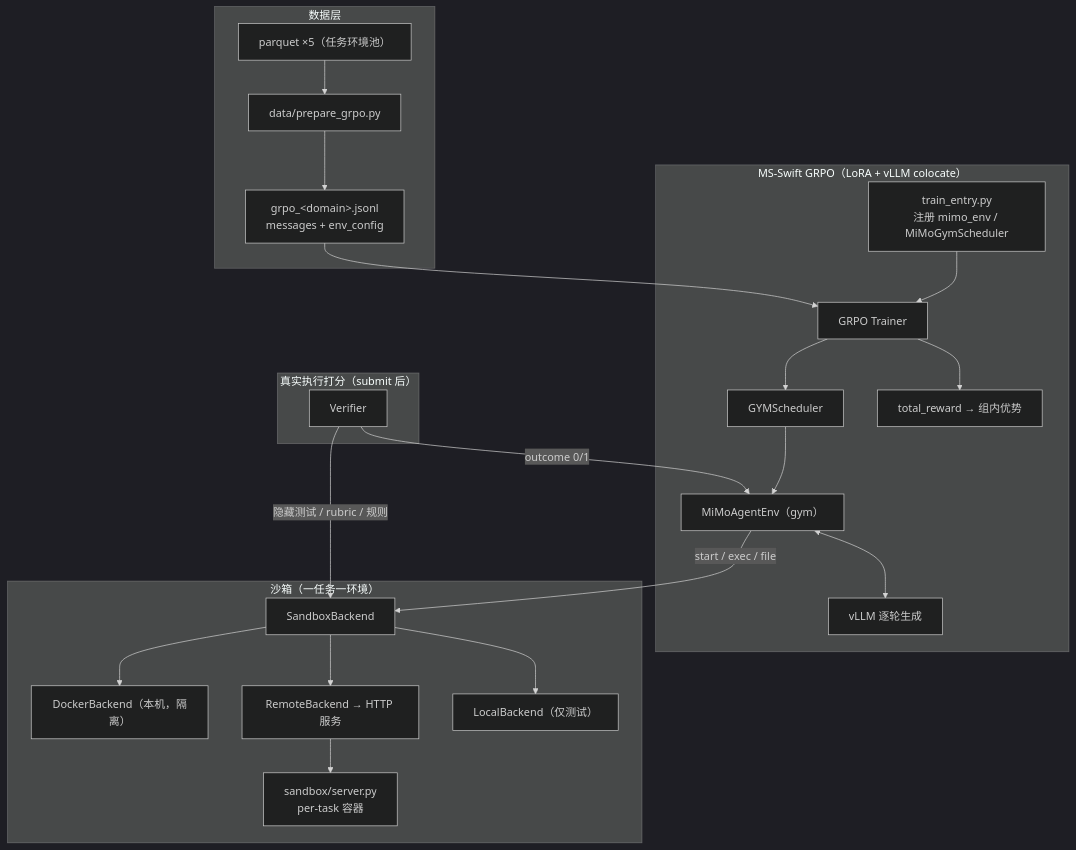
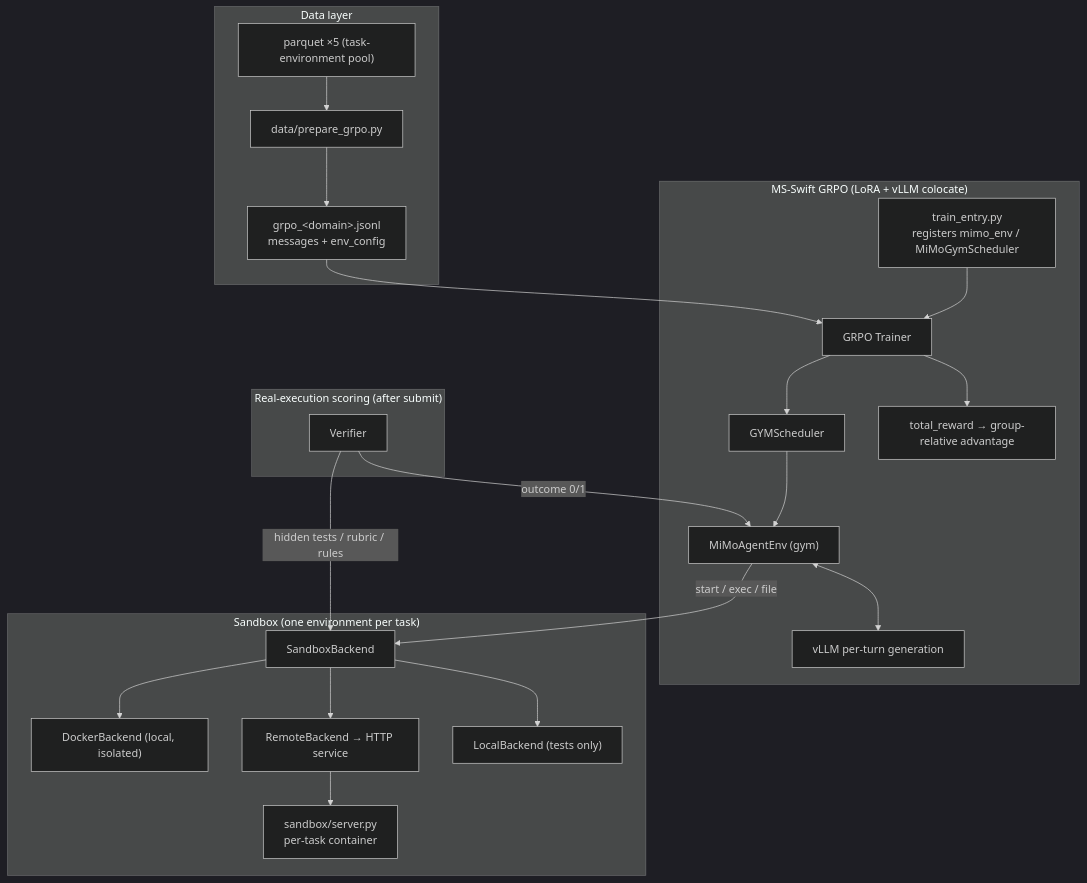
One commit to jerry1993-tech/mimo-agent-grpo-swift changed the first of 3 diagrams in README.md. Above: the diagram before and after it, drawn with Mermaid (dark theme). The commit also changed other lines of this file and 1 other file, not shown here.

````diff
--- a/README.md
+++ b/README.md
@@ -41,30 +53,30 @@
 ```mermaid
 flowchart TB
-    subgraph Data["数据层"]
-        P["parquet ×5（任务环境池）"] --> PRE["data/prepare_grpo.py"]
+    subgraph Data["Data layer"]
+        P["parquet ×5 (task-environment pool)"] --> PRE["data/prepare_grpo.py"]
         PRE --> J["grpo_&lt;domain&gt;.jsonl<br/>messages + env_config"]
     end
 
-    subgraph Train["MS-Swift GRPO（LoRA + vLLM colocate）"]
-        ENTRY["train_entry.py<br/>注册 mimo_env / MiMoGymScheduler"] --> TRAINER["GRPO Trainer"]
+    subgraph Train["MS-Swift GRPO (LoRA + vLLM colocate)"]
+        ENTRY["train_entry.py<br/>registers mimo_env / MiMoGymScheduler"] --> TRAINER["GRPO Trainer"]
         TRAINER --> SCHED["GYMScheduler"]
-        SCHED --> ENV["MiMoAgentEnv（gym）"]
-        ENV <--> POL["vLLM 逐轮生成"]
-        TRAINER --> REW["total_reward → 组内优势"]
+        SCHED --> ENV["MiMoAgentEnv (gym)"]
+        ENV <--> POL["vLLM per-turn generation"]
+        TRAINER --> REW["total_reward → group-relative advantage"]
     end
 
-    subgraph Sandbox["沙箱（一任务一环境）"]
+    subgraph Sandbox["Sandbox (one environment per task)"]
         ENV -->|start / exec / file| BE["SandboxBackend"]
-        BE --> D["DockerBackend（本机，隔离）"]
-        BE --> R["RemoteBackend → HTTP 服务"]
-        BE --> L["LocalBackend（仅测试）"]
-        R --> SRV["sandbox/server.py<br/>per-task 容器"]
+        BE --> D["DockerBackend (local, isolated)"]
+        BE --> R["RemoteBackend → HTTP service"]
+        BE --> L["LocalBackend (tests only)"]
+        R --> SRV["sandbox/server.py<br/>per-task container"]
     end
 
-    subgraph Verify["真实执行打分（submit 后）"]
-        V["Verifier"] -->|"隐藏测试 / rubric / 规则"| BE
+    subgraph Verify["Real-execution scoring (after submit)"]
+        V["Verifier"] -->|"hidden tests / rubric / rules"| BE
         V -->|"outcome 0/1"| ENV
     end
 
     J --> TRAINER
 ```
````
